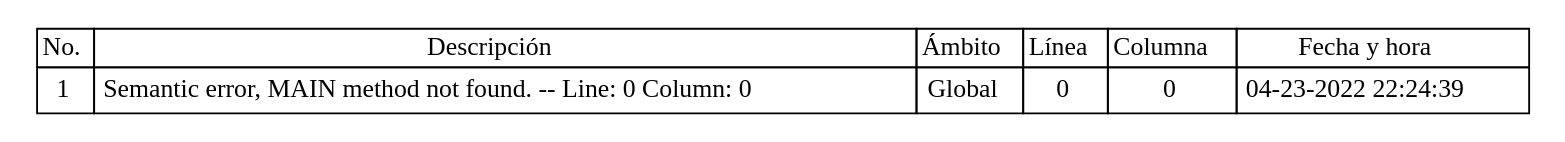
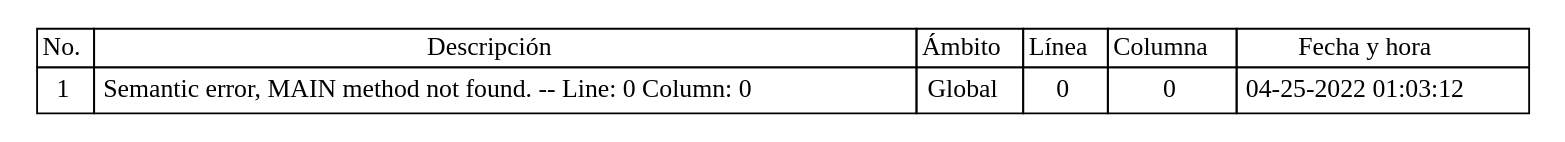
Before and after one commit to Jodyannre/COMPI2_proyecto2_2022: the diagram in Back/Web/tablas/tablaErrores.dot, drawn with Graphviz. The commit also changed 25 other files, not shown here.

```diff
--- a/Back/Web/tablas/tablaErrores.dot
+++ b/Back/Web/tablas/tablaErrores.dot
@@ -1,36 +1,36 @@
 
 	digraph {
 		tablaSimbolos [
 		  shape=plaintext
 		  label=<
 			<table border='0' cellborder='1' color='black' cellspacing='0'>
 			  <tr>
 				  <td>No.</td>
 				  <td>Descripción</td>
 				  <td>Ámbito</td>
 				  <td>Línea</td>
 				  <td>Columna</td>
 				  <td>Fecha y hora</td>
 			  </tr>
 	
 <tr>
 <td cellpadding='4'>
 1
 </td>
 <td cellpadding='4'>Semantic error, MAIN method not found. -- Line: 0 Column: 0
 </td>
 <td cellpadding='4'>Global
 </td>
 <td cellpadding='4'>0
 </td>
 <td cellpadding='4'>
 0
 </td>
 <td cellpadding='4'>
-04-23-2022 22:24:39
+04-25-2022 01:03:12
 </td>
 </tr>
 
 		</table>
 		>];
 	}
```
